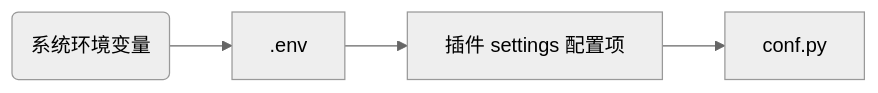
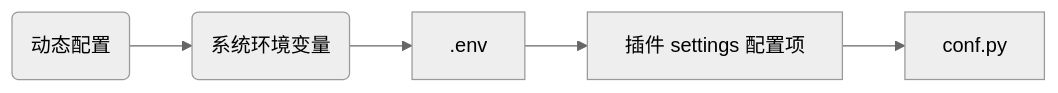
The diagram in docs/plugin/dev.md (fastapi-practices/fastapi_best_architecture_docs), drawn with Mermaid (neutral theme) before and after one commit. The commit also changed other lines of this file and 1 other file, not shown here.

````diff
--- a/docs/plugin/dev.md
+++ b/docs/plugin/dev.md
@@ -307,6 +307,7 @@
 ```mermaid
 graph LR
-    System("系统环境变量") --> DotEnv[".env"]
+    Dynamic("动态配置") --> System("系统环境变量")
+    System --> DotEnv[".env"]
     DotEnv --> Plugin["插件 settings 配置项"]
     Plugin --> Defaults["conf.py"]
 ```
````
